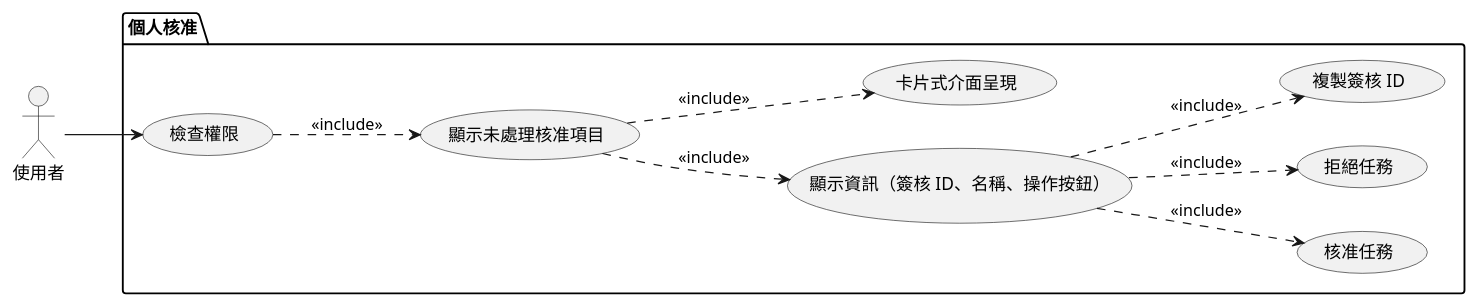
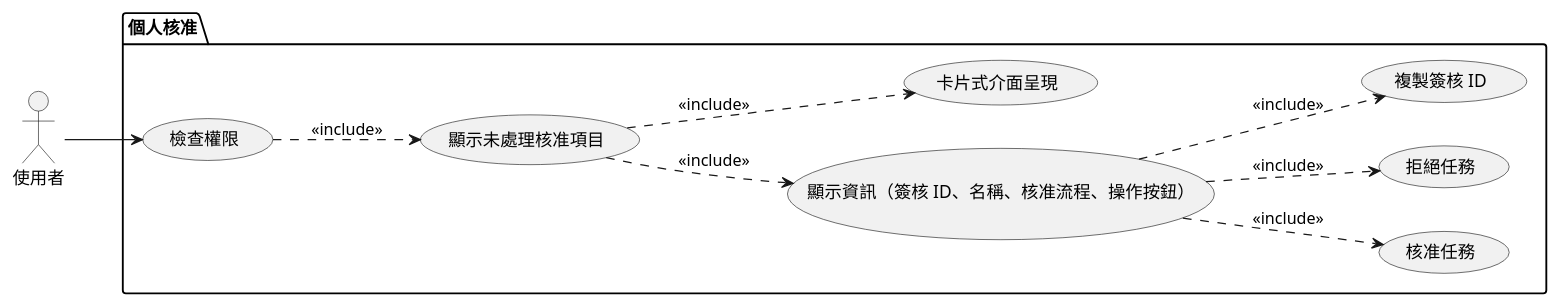
Before and after one commit to walle45611/NTUB_SecuManag_Diagram: the diagram in plantUML/user_case/personal_approval.puml, drawn with PlantUML. The commit also changed 27 other files, not shown here.

Commit message:
feat: 刪除資產設定相關的 PlantUML 文件，更新個人核准流程中的顯示資訊，調整風險概覽中的用例編號及新增用例。 (#76)

```diff
--- a/plantUML/user_case/personal_approval.puml
+++ b/plantUML/user_case/personal_approval.puml
@@ -1,25 +1,25 @@
 @startuml personal_approval
 
 left to right direction
 
 actor 使用者
 
 package "個人核准" {
     usecase "檢查權限" as UC01
     usecase "顯示未處理核准項目" as UC02
-    usecase "顯示資訊（簽核 ID、名稱、操作按鈕）" as UC03
+    usecase "顯示資訊（簽核 ID、名稱、核准流程、操作按鈕）" as UC03
     usecase "核准任務" as UC04
     usecase "拒絕任務" as UC05
     usecase "複製簽核 ID" as UC06
     usecase "卡片式介面呈現" as UC07
 }
 
 使用者 --> UC01
 UC01 .down.> UC02 : <<include>>
 UC02 .down.> UC03 : <<include>>
 UC03 .down.> UC04 : <<include>>
 UC03 .down.> UC05 : <<include>>
 UC03 .down.> UC06 : <<include>>
 UC02 .down.> UC07 : <<include>>
 
 @enduml
```
